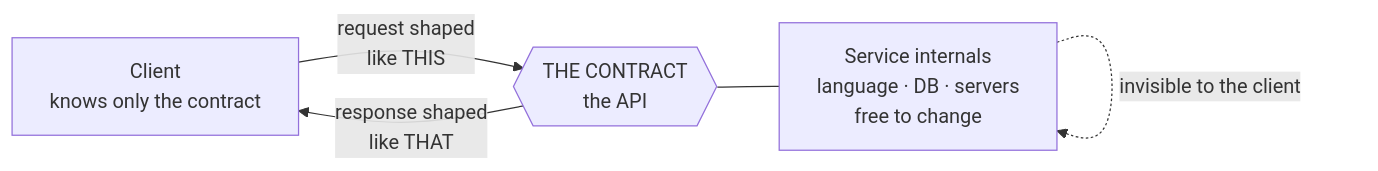
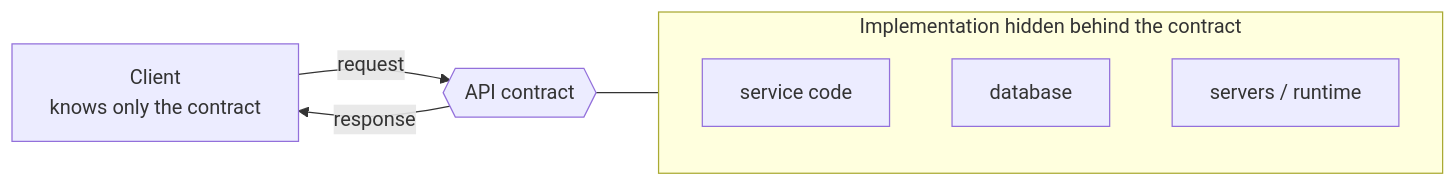
One commit to sanjaykumarpushadapu/MTech changed the first of 13 diagrams in 2026-2027-Sem1/AIMLCZG549-APIDrivenCloudNativeSolutions/notes/S01-api-basics.md. Above: the diagram before and after it, drawn with Mermaid. The commit also changed other lines of this file and 4 other files, not shown here.

````diff
--- a/2026-2027-Sem1/AIMLCZG549-APIDrivenCloudNativeSolutions/notes/S01-api-basics.md
+++ b/2026-2027-Sem1/AIMLCZG549-APIDrivenCloudNativeSolutions/notes/S01-api-basics.md
@@ -21,7 +21,12 @@
 ```mermaid
 flowchart LR
-    CL["Client<br/>knows only the contract"] -->|"request shaped<br/>like THIS"| API{{"THE CONTRACT<br/>the API"}}
-    API -->|"response shaped<br/>like THAT"| CL
-    API --- IMPL["Service internals<br/>language · DB · servers<br/>free to change"]
-    IMPL -.->|"invisible to the client"| IMPL
+    CL["Client<br/>knows only the contract"] -->|"request"| API{{"API contract"}}
+    API -->|"response"| CL
+    subgraph IMPL["Implementation hidden behind the contract"]
+        direction TB
+        APP["service code"]
+        DB["database"]
+        INF["servers / runtime"]
+    end
+    API --- APP
 ```
````
